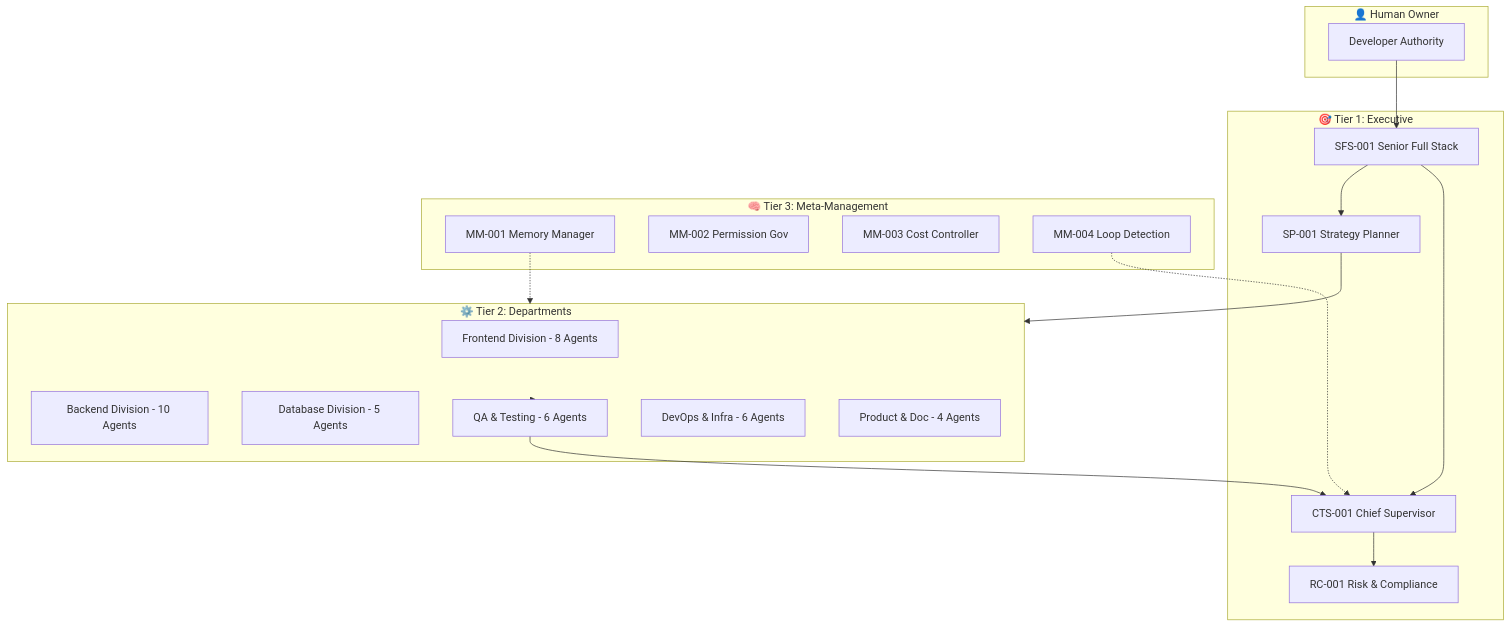
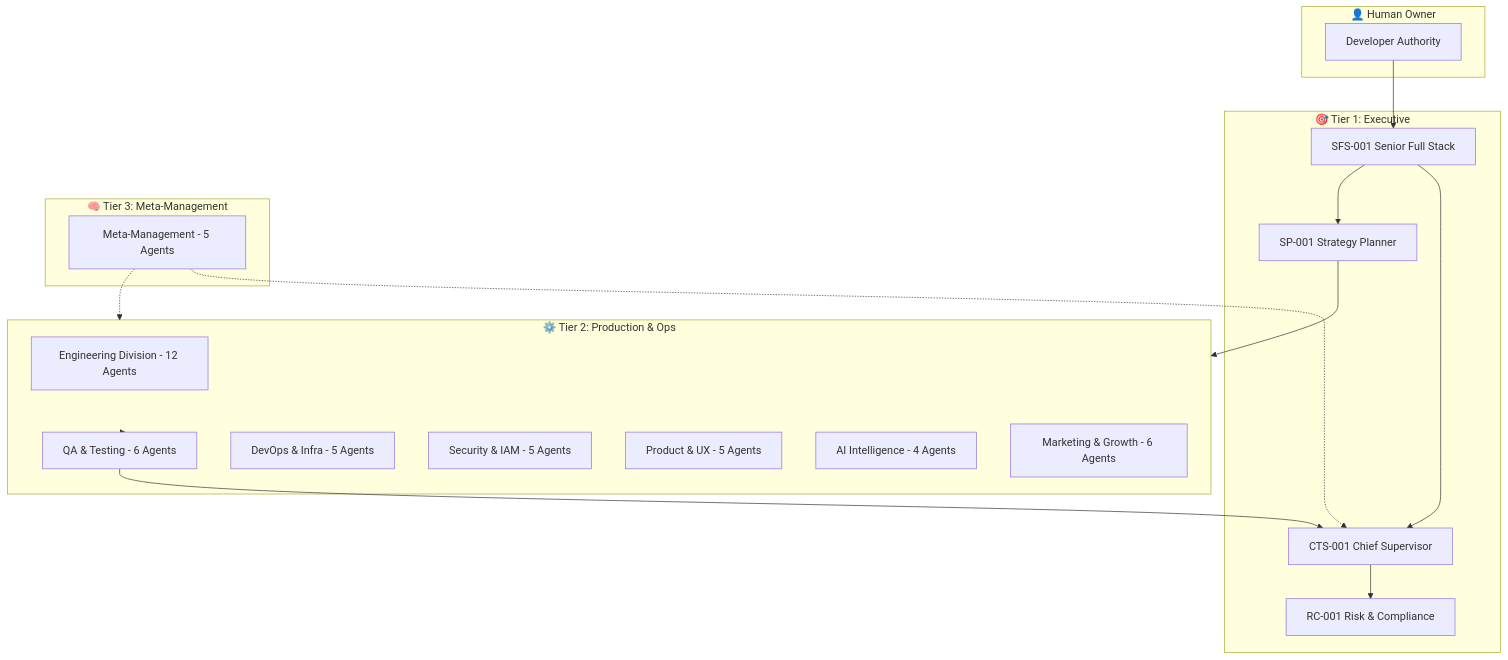
The first of 3 diagrams in README.md (Ab-aswini/Agent-kit-P1), drawn with Mermaid before and after one commit. The commit also changed other lines of this file, not shown here.

Commit message:
docs: finalized README with 52 agents, resolved conflicts, and updated diagrams

````diff
--- a/README.md
+++ b/README.md
@@ -73,39 +73,37 @@
 ```mermaid
 graph TB
   subgraph Owner["👤 Human Owner"]
     User[Developer Authority]
   end
 
   subgraph Executive["🎯 Tier 1: Executive"]
     SFS[SFS-001 Senior Full Stack]
     CTS[CTS-001 Chief Supervisor]
     SP[SP-001 Strategy Planner]
     RC[RC-001 Risk & Compliance]
   end
 
-  subgraph Departments["⚙️ Tier 2: Departments"]
-    FE[Frontend Division - 8 Agents]
-    BE[Backend Division - 10 Agents]
-    DB[Database Division - 5 Agents]
+  subgraph Departments["⚙️ Tier 2: Production & Ops"]
+    FE[Engineering Division - 12 Agents]
     QA[QA & Testing - 6 Agents]
-    DO[DevOps & Infra - 6 Agents]
-    PD[Product & Doc - 4 Agents]
+    DO[DevOps & Infra - 5 Agents]
+    SEC[Security & IAM - 5 Agents]
+    PROD[Product & UX - 5 Agents]
+    INTEL[AI Intelligence - 4 Agents]
+    GROWTH[Marketing & Growth - 6 Agents]
   end
 
   subgraph Meta["🧠 Tier 3: Meta-Management"]
-    MM[MM-001 Memory Manager]
-    PG[MM-002 Permission Gov]
-    CC[MM-003 Cost Controller]
-    LD[MM-004 Loop Detection]
+    MM[Meta-Management - 5 Agents]
   end
 
   User --> SFS
   SFS --> CTS
   SFS --> SP
   CTS --> RC
   SP --> Departments
   Departments --> QA
   QA --> CTS
   MM -.-> Departments
-  LD -.-> CTS
+  MM -.-> CTS
 ```
````
